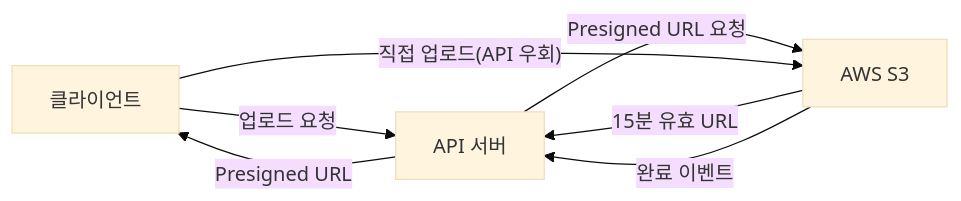
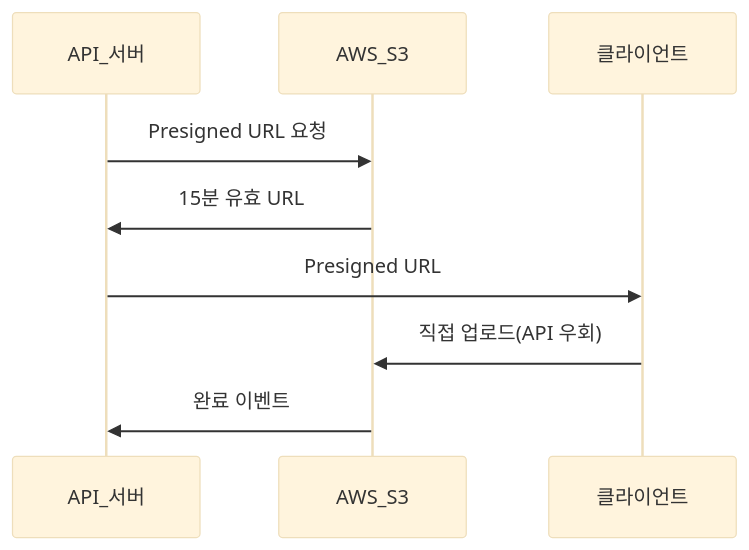
Before and after one commit to yjkim2015/yjkim2015.github.io: the third of 12 diagrams in _posts/systemdesign/2026-05-03-system-design-video-streaming.md, drawn with Mermaid (base theme). The commit also changed other lines of this file and 89 other files, not shown here.

First line of the commit message:
복잡한 flowchart 163개 → sequenceDiagram 변환 (90파일)

````diff
--- a/_posts/systemdesign/2026-05-03-system-design-video-streaming.md
+++ b/_posts/systemdesign/2026-05-03-system-design-video-streaming.md
@@ -188,9 +187,8 @@
 ```mermaid
-graph LR
-    C["클라이언트"] -->|"업로드 요청"| A["API 서버"]
-    A -->|"Presigned URL 요청"| S["AWS S3"]
-    S -->|"15분 유효 URL"| A
-    A -->|"Presigned URL"| C
-    C -->|"직접 업로드(API 우회)"| S
-    S -->|"완료 이벤트"| A
+sequenceDiagram
+    API_서버->>AWS_S3: Presigned URL 요청
+    AWS_S3->>API_서버: 15분 유효 URL
+    API_서버->>클라이언트: Presigned URL
+    클라이언트->>AWS_S3: 직접 업로드(API 우회)
+    AWS_S3->>API_서버: 완료 이벤트
 ```
````
